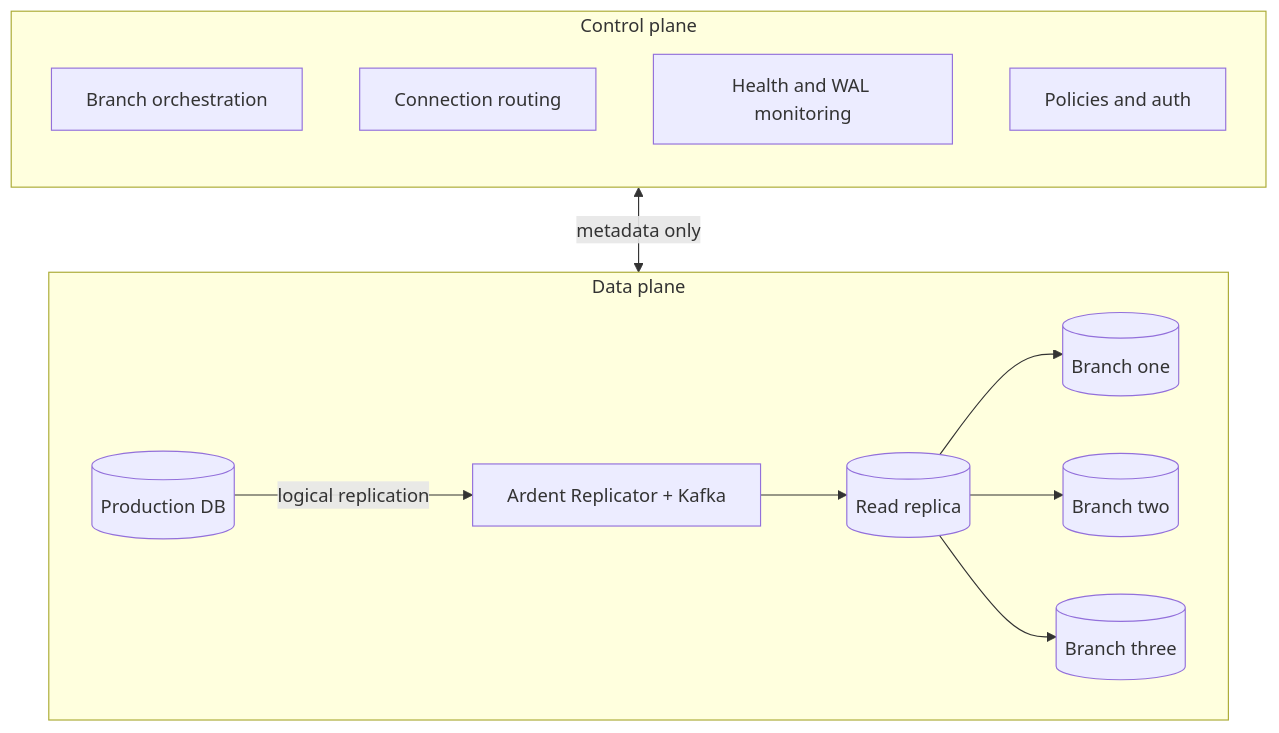
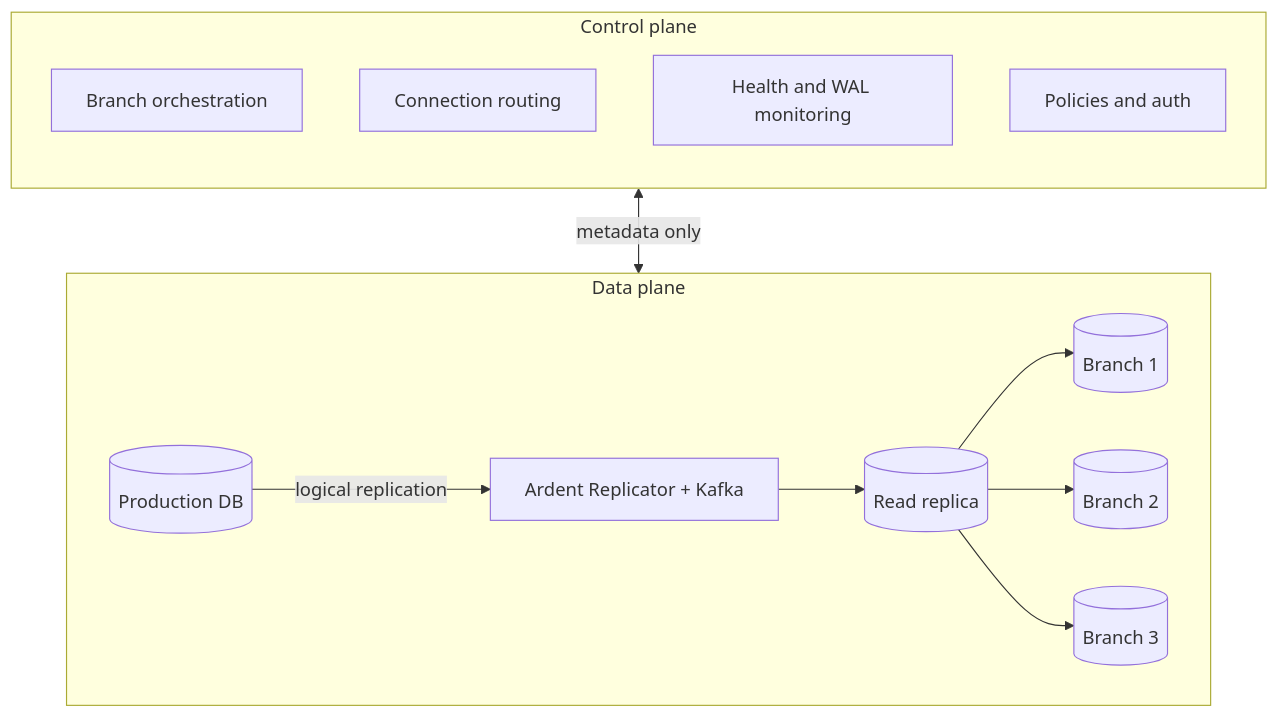
The diagram in architecture.mdx (ArdentAILabs/docs), drawn with Mermaid before and after one commit.

Commit message:
docs(architecture): even out diagram subgraph widths and branch labels
Made-with: Cursor

````diff
--- a/architecture.mdx
+++ b/architecture.mdx
@@ -15,19 +15,20 @@
 ```mermaid actions={false}
+%%{init: {'themeCSS': ".cluster > rect { min-width: 42rem; }"}}%%
 flowchart TB
     subgraph CP["Control plane"]
         direction TB
         ORCH["Branch orchestration"]
         ROUTE["Connection routing"]
         HEALTH["Health and WAL monitoring"]
         POL["Policies and auth"]
     end
     subgraph DP["Data plane"]
         direction LR
         PROD[("Production DB")] -->|logical replication| AR["Ardent Replicator + Kafka"]
         AR --> REP[("Read replica")]
-        REP --> B1[("Branch one")]
-        REP --> B2[("Branch two")]
-        REP --> B3[("Branch three")]
+        REP --> B1[("Branch 1")]
+        REP --> B2[("Branch 2")]
+        REP --> B3[("Branch 3")]
     end
     CP <-->|metadata only| DP
 ```
````
